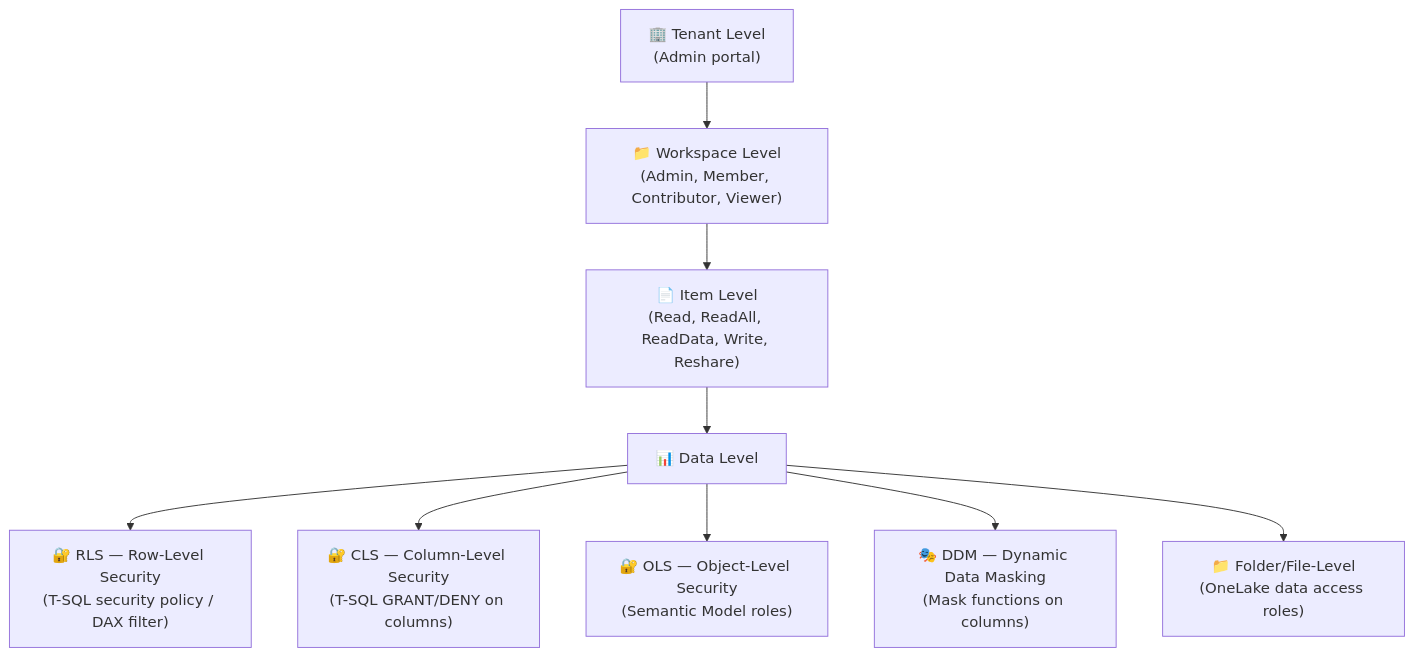
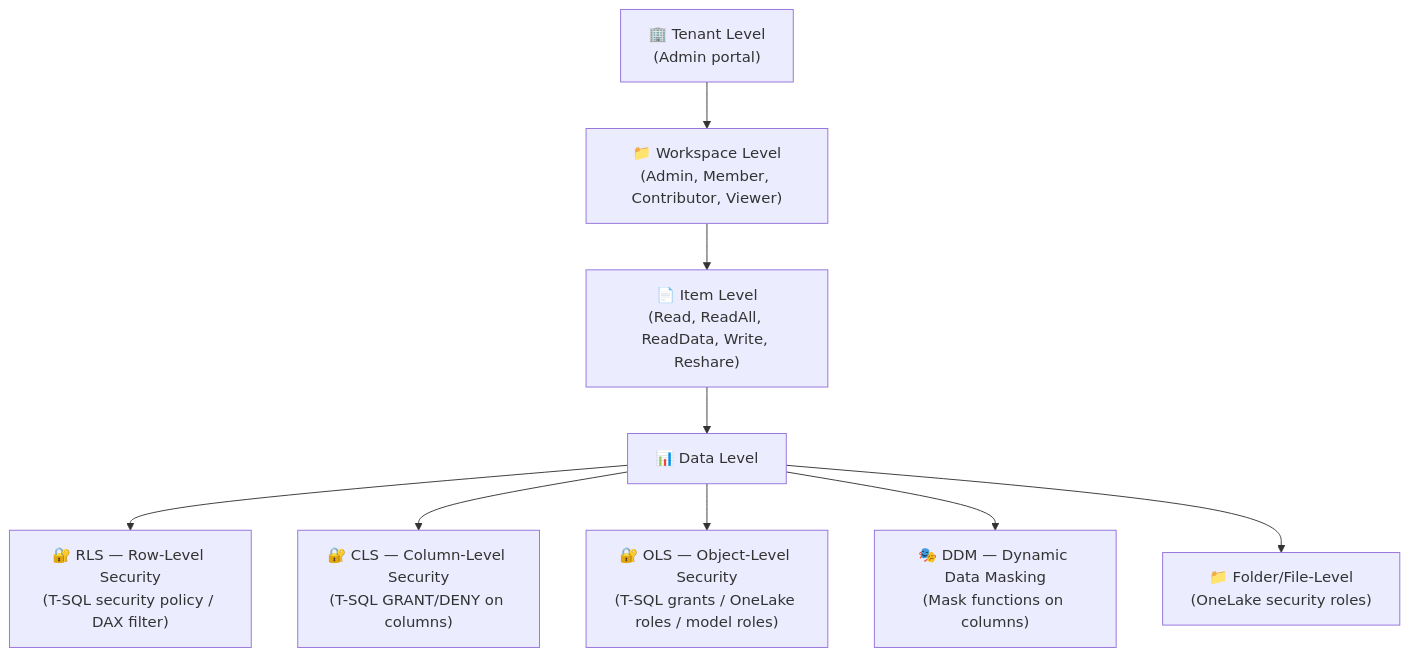
The fifth of 5 diagrams in 04-quick-reference-cheatsheet.md (marcogrimaldi29/dp-700-study-notes), drawn with Mermaid before and after one commit. The commit also changed other lines of this file and 7 other files, not shown here.

````diff
--- a/04-quick-reference-cheatsheet.md
+++ b/04-quick-reference-cheatsheet.md
@@ -78,11 +98,11 @@
 ```mermaid
 graph TD
     T["🏢 Tenant Level\n(Admin portal)"] --> W["📁 Workspace Level\n(Admin, Member, Contributor, Viewer)"]
     W --> I["📄 Item Level\n(Read, ReadAll, ReadData, Write, Reshare)"]
     I --> D["📊 Data Level"]
     D --> RLS["🔐 RLS — Row-Level Security\n(T-SQL security policy / DAX filter)"]
     D --> CLS["🔐 CLS — Column-Level Security\n(T-SQL GRANT/DENY on columns)"]
-    D --> OLS["🔐 OLS — Object-Level Security\n(Semantic Model roles)"]
+    D --> OLS["🔐 OLS — Object-Level Security\n(T-SQL grants / OneLake roles / model roles)"]
     D --> DDM["🎭 DDM — Dynamic Data Masking\n(Mask functions on columns)"]
-    D --> FLS["📁 Folder/File-Level\n(OneLake data access roles)"]
+    D --> FLS["📁 Folder/File-Level\n(OneLake security roles)"]
 ```
````
